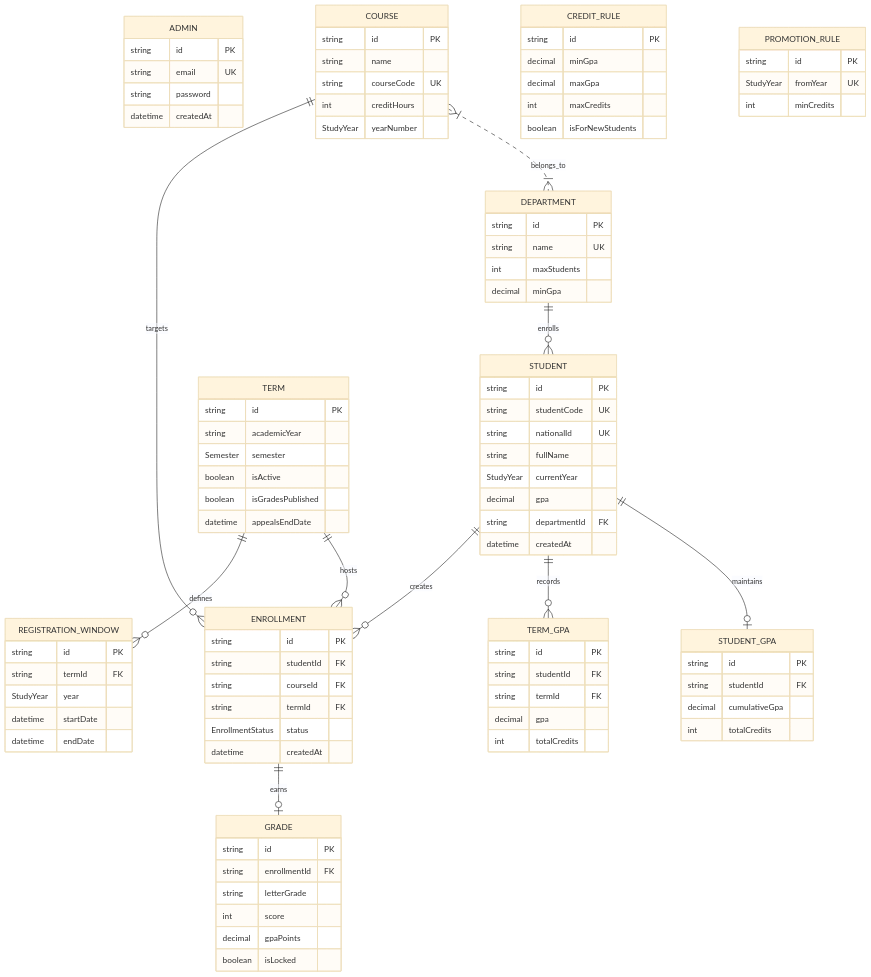
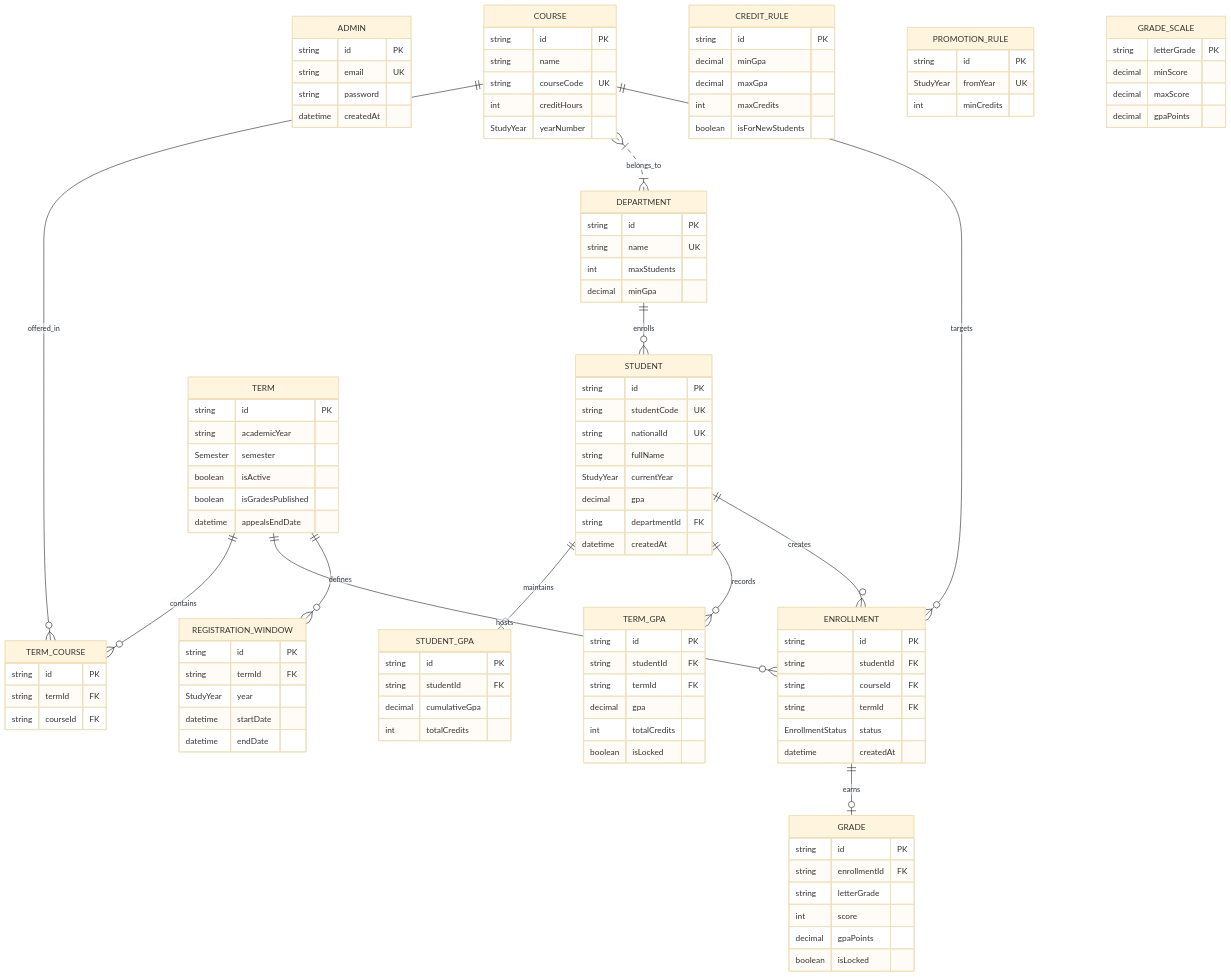
The first of 2 diagrams in README.md (mohamedkamalawad7407-ua/university-system), drawn with Mermaid (base theme) before and after one commit. The commit also changed other lines of this file, not shown here.

````diff
--- a/README.md
+++ b/README.md
@@ -114,6 +124,7 @@
         string termId FK
         decimal gpa
         int totalCredits
+        boolean isLocked
     }
     STUDENT_GPA {
         string id PK
@@ -133,6 +144,17 @@
         StudyYear fromYear UK
         int minCredits
     }
+    GRADE_SCALE {
+        string letterGrade PK
+        decimal minScore
+        decimal maxScore
+        decimal gpaPoints
+    }
+    TERM_COURSE {
+        string id PK
+        string termId FK
+        string courseId FK
+    }
 
     DEPARTMENT ||--o{ STUDENT : "enrolls"
     STUDENT ||--o{ ENROLLMENT : "creates"
@@ -143,4 +165,6 @@
     COURSE ||--o{ ENROLLMENT : "targets"
     ENROLLMENT ||--o| GRADE : "earns"
     COURSE }|..|{ DEPARTMENT : "belongs_to"
+    TERM ||--o{ TERM_COURSE : "contains"
+    COURSE ||--o{ TERM_COURSE : "offered_in"
 ```
````
